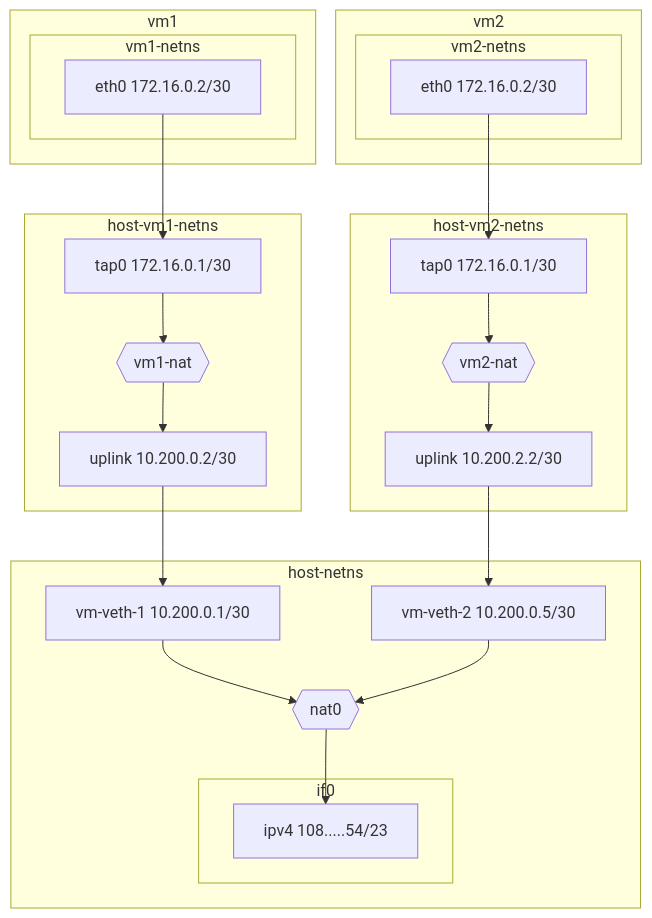
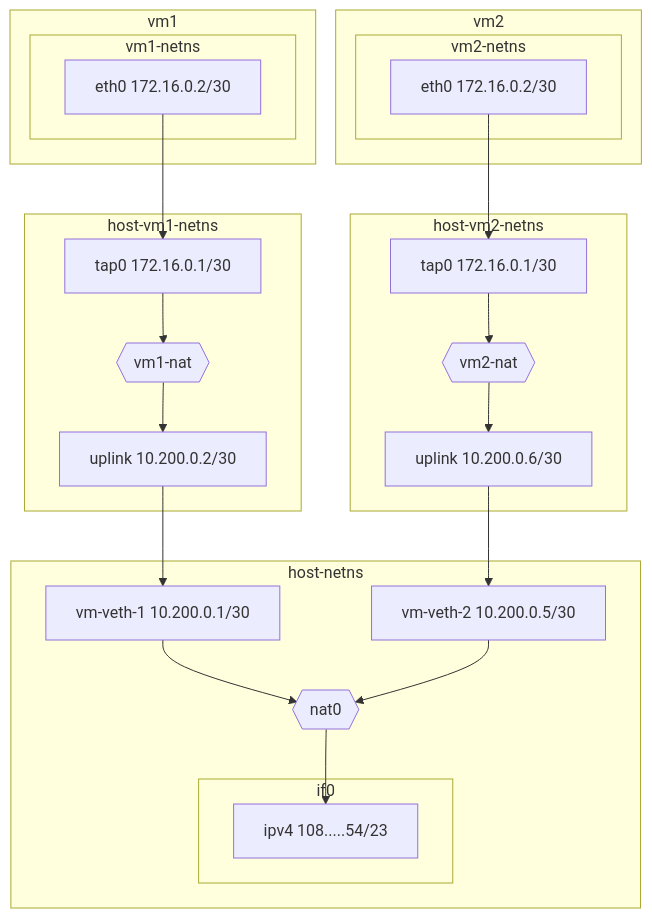
One commit to harmont-dev/hyper changed the second of 2 diagrams in docs/cookbook/networking.md. Above: the diagram before and after it, drawn with Mermaid. The commit also changed other lines of this file, not shown here.

````diff
--- a/docs/cookbook/networking.md
+++ b/docs/cookbook/networking.md
@@ -69,41 +71,41 @@
 ```mermaid
 flowchart TD
     subgraph host-netns
         subgraph if0
             ipv4["ipv4 108.....54/23"]
         end
 
         nat0{{"nat0"}}
 
         veth1["vm-veth-1 10.200.0.1/30"]
         veth2["vm-veth-2 10.200.0.5/30"]
     end
 
     subgraph host-vm1-netns
         uplink1["uplink 10.200.0.2/30"]
         nat1{{"vm1-nat"}}
         tap1["tap0 172.16.0.1/30"]
     end
 
     subgraph host-vm2-netns
-        uplink2["uplink 10.200.2.2/30"]
+        uplink2["uplink 10.200.0.6/30"]
         nat2{{"vm2-nat"}}
         tap2["tap0 172.16.0.1/30"]
     end
 
     subgraph vm1
         subgraph vm1-netns
             eth1["eth0 172.16.0.2/30"]
         end
     end
 
     subgraph vm2
         subgraph vm2-netns
             eth2["eth0 172.16.0.2/30"]
         end
     end
 
     eth1 --> tap1 --> nat1 --> uplink1 --> veth1 --> nat0
     eth2 --> tap2 --> nat2 --> uplink2 --> veth2 --> nat0
     nat0 --> ipv4
 ```
````
